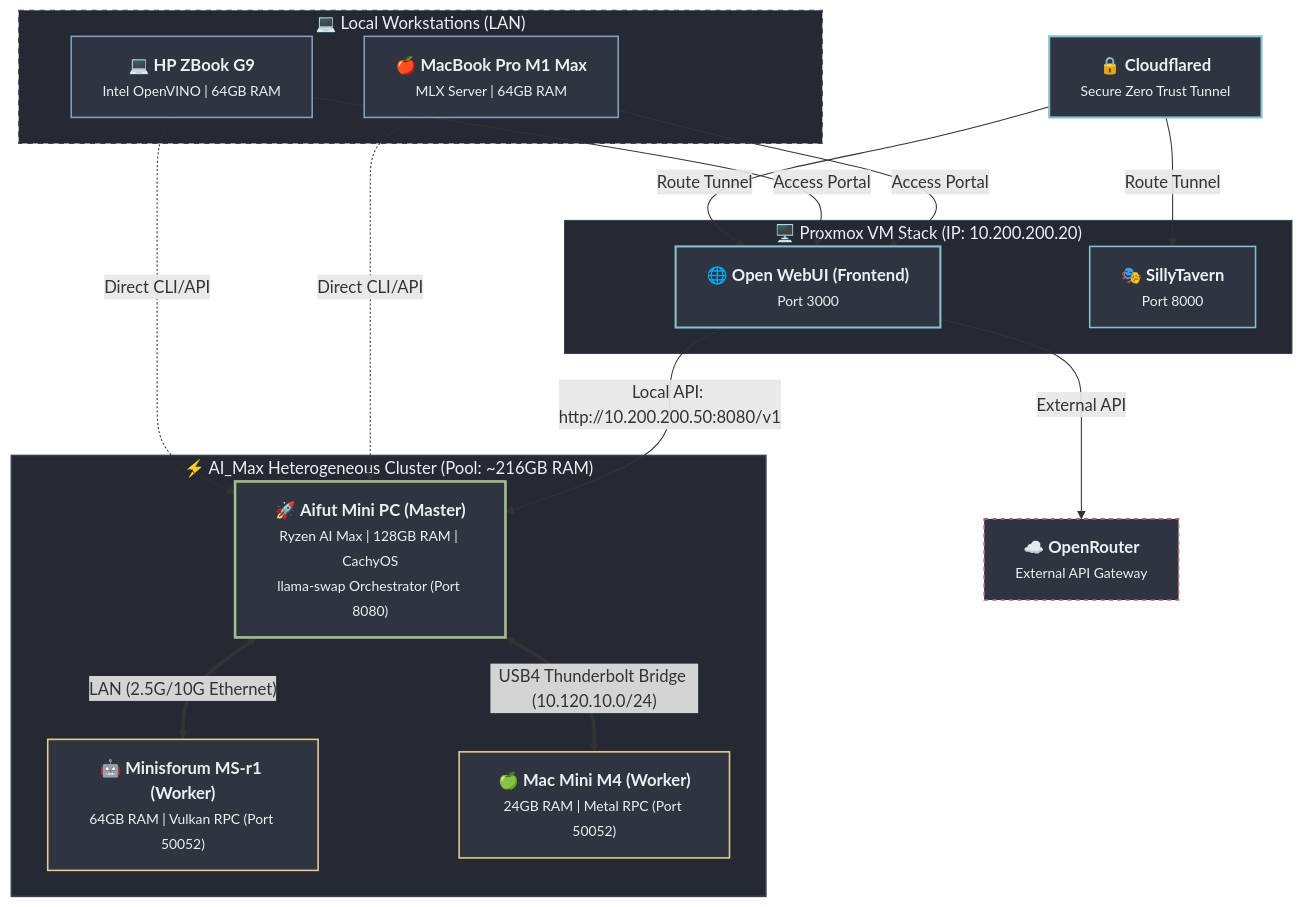
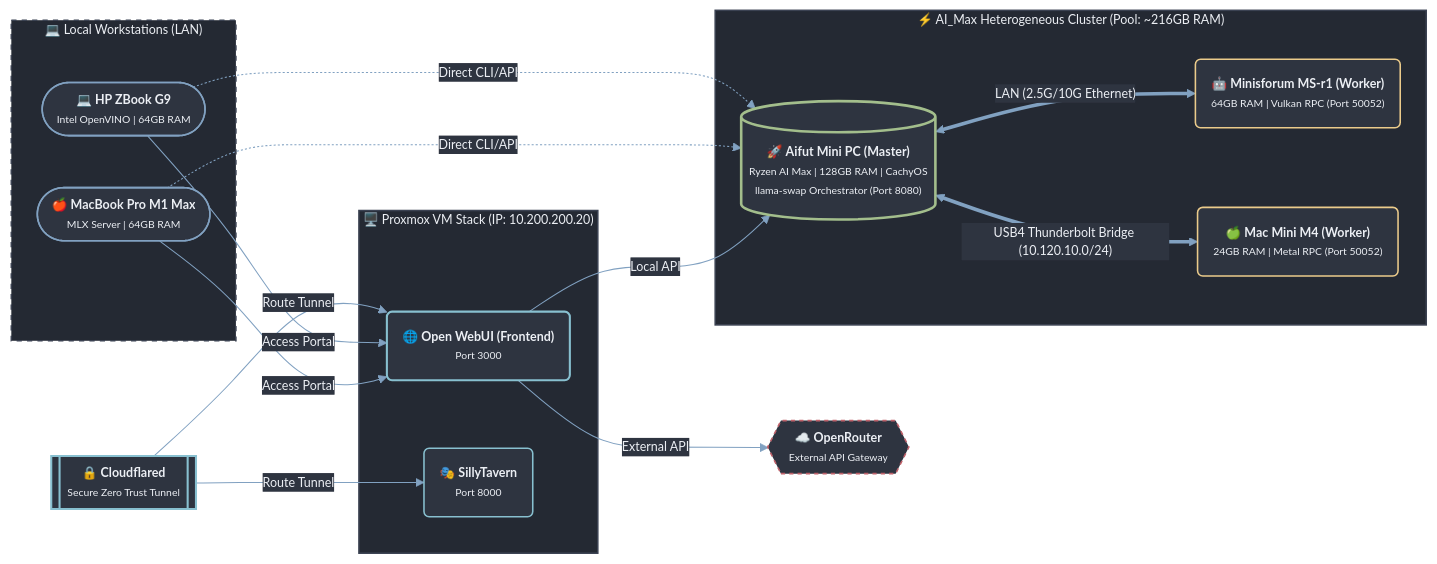
One commit to CaseyTaylorLearningJourney/Codelab changed the diagram in README.md. Above: the diagram before and after it, drawn with Mermaid.

Commit message:
docs(readme): convert topology diagram to horizontal flow with custom node shapes

````diff
--- a/README.md
+++ b/README.md
@@ -31,52 +31,65 @@
 ```mermaid
-flowchart TD
+%%{init: {
+  'theme': 'base',
+  'themeVariables': {
+    'primaryColor': '#2e3440',
+    'primaryTextColor': '#eceff4',
+    'primaryBorderColor': '#4c566a',
+    'lineColor': '#81a1c1',
+    'secondaryColor': '#3b4252',
+    'tertiaryColor': '#242933',
+    'edgeLabelBackground': '#2e3440',
+    'fontSize': '12px'
+  }
+}}%%
+flowchart LR
     %% Remote Access / External
-    Cloudflared["🔒 <b>Cloudflared</b><br><small>Secure Zero Trust Tunnel</small>"]
-    OpenRouter["☁️ <b>OpenRouter</b><br><small>External API Gateway</small>"]
+    Cloudflared[["🔒 <b>Cloudflared</b><br><small>Secure Zero Trust Tunnel</small>"]]
+    OpenRouter{{"☁️ <b>OpenRouter</b><br><small>External API Gateway</small>"}}
 
     subgraph ClientSpace["💻 Local Workstations (LAN)"]
-        ZBook["💻 <b>HP ZBook G9</b><br><small>Intel OpenVINO | 64GB RAM</small>"]
-        MacBook["🍎 <b>MacBook Pro M1 Max</b><br><small>MLX Server | 64GB RAM</small>"]
+        ZBook(["💻 <b>HP ZBook G9</b><br><small>Intel OpenVINO | 64GB RAM</small>"])
+        MacBook(["🍎 <b>MacBook Pro M1 Max</b><br><small>MLX Server | 64GB RAM</small>"])
     end
 
     subgraph Proxmox["🖥️ Proxmox VM Stack (IP: 10.200.200.20)"]
-        OpenWebUI["🌐 <b>Open WebUI (Frontend)</b><br><small>Port 3000</small>"]
-        SillyTavern["🎭 <b>SillyTavern</b><br><small>Port 8000</small>"]
+        OpenWebUI("🌐 <b>Open WebUI (Frontend)</b><br><small>Port 3000</small>")
+        SillyTavern("🎭 <b>SillyTavern</b><br><small>Port 8000</small>")
     end
 
     subgraph Cluster["⚡ AI_Max Heterogeneous Cluster (Pool: ~216GB RAM)"]
-        Aifut["🚀 <b>Aifut Mini PC (Master)</b><br><small>Ryzen AI Max | 128GB RAM | CachyOS<br>llama-swap Orchestrator (Port 8080)</small>"]
-        Minisforum["🤖 <b>Minisforum MS-r1 (Worker)</b><br><small>64GB RAM | Vulkan RPC (Port 50052)</small>"]
-        MacMini["🍏 <b>Mac Mini M4 (Worker)</b><br><small>24GB RAM | Metal RPC (Port 50052)</small>"]
+        Aifut[("🚀 <b>Aifut Mini PC (Master)</b><br><small>Ryzen AI Max | 128GB RAM | CachyOS<br>llama-swap Orchestrator (Port 8080)</small>")]
+        Minisforum("🤖 <b>Minisforum MS-r1 (Worker)</b><br><small>64GB RAM | Vulkan RPC (Port 50052)</small>")
+        MacMini("🍏 <b>Mac Mini M4 (Worker)</b><br><small>24GB RAM | Metal RPC (Port 50052)</small>")
     end
 
     %% Connections & Flows
     Cloudflared -->|Route Tunnel| OpenWebUI
     Cloudflared -->|Route Tunnel| SillyTavern
 
     ZBook -->|Access Portal| OpenWebUI
     MacBook -->|Access Portal| OpenWebUI
     ZBook -.->|Direct CLI/API| Aifut
     MacBook -.->|Direct CLI/API| Aifut
 
-    OpenWebUI -->|Local API: http://10.200.200.50:8080/v1| Aifut
+    OpenWebUI -->|Local API| Aifut
     OpenWebUI -->|External API| OpenRouter
 
     Aifut <==>|"USB4 Thunderbolt Bridge (10.120.10.0/24)"| MacMini
     Aifut <==>|"LAN (2.5G/10G Ethernet)"| Minisforum
 
     %% Color Styling Customization (Nord Theme Palette)
-    style ClientSpace fill:#242933,stroke:#3b4252,stroke-dasharray: 5 5,color:#eceff4
-    style Proxmox fill:#242933,stroke:#3b4252,stroke-width:1px,color:#eceff4
+    style ClientSpace fill:#242933,stroke:#3b4252,stroke-width:1.5px,stroke-dasharray: 5 5,color:#eceff4
+    style Proxmox fill:#242933,stroke:#3b4252,stroke-width:1.5px,color:#eceff4
     style Cluster fill:#242933,stroke:#3b4252,stroke-width:1.5px,color:#eceff4
 
     style Cloudflared fill:#2e3440,stroke:#88c0d0,stroke-width:2px,color:#eceff4
     style ZBook fill:#2e3440,stroke:#81a1c1,stroke-width:1.5px,color:#eceff4
     style MacBook fill:#2e3440,stroke:#81a1c1,stroke-width:1.5px,color:#eceff4
     style OpenWebUI fill:#2e3440,stroke:#88c0d0,stroke-width:2px,color:#eceff4
     style SillyTavern fill:#2e3440,stroke:#88c0d0,stroke-width:1.5px,color:#eceff4
     style Aifut fill:#2e3440,stroke:#a3be8c,stroke-width:2.5px,color:#eceff4
     style Minisforum fill:#2e3440,stroke:#ebcb8b,stroke-width:1.5px,color:#eceff4
     style MacMini fill:#2e3440,stroke:#ebcb8b,stroke-width:1.5px,color:#eceff4
     style OpenRouter fill:#2e3440,stroke:#bf616a,stroke-width:1.5px,stroke-dasharray: 4 4,color:#eceff4
 ```
````
